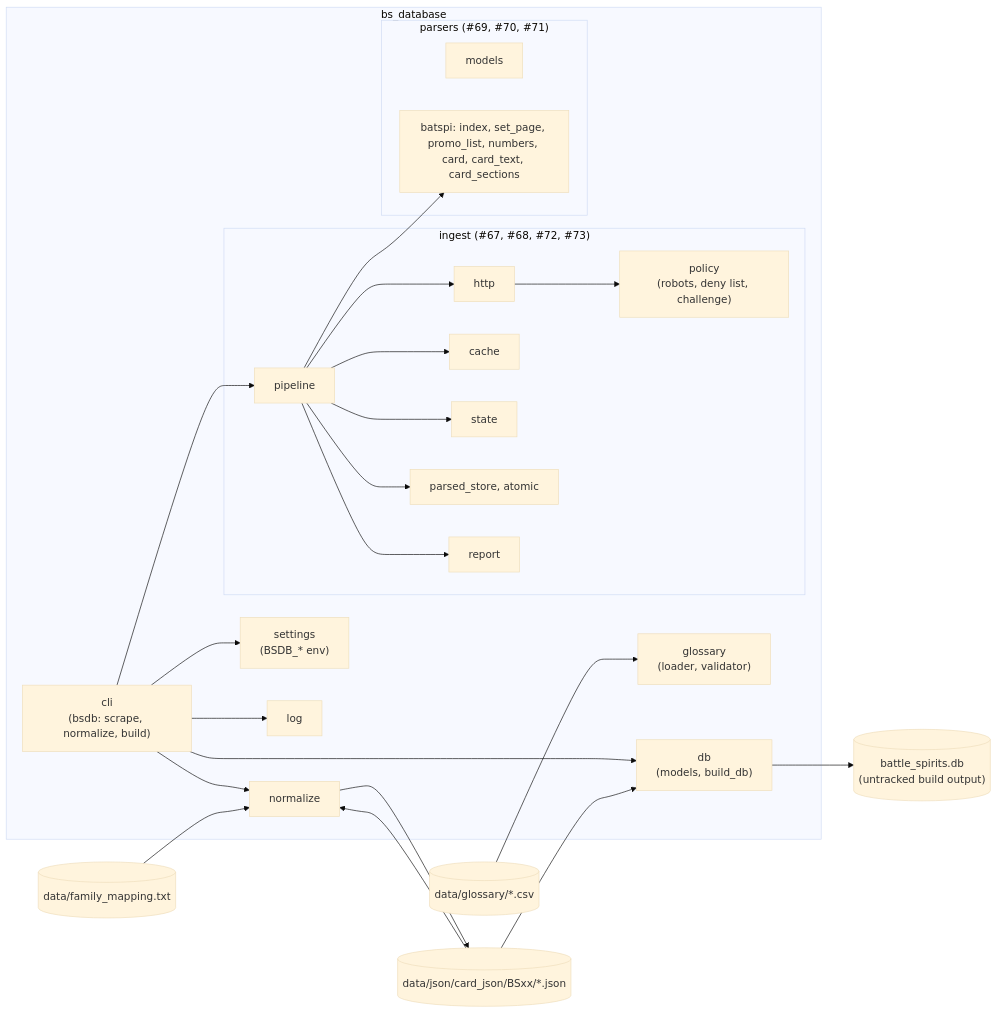
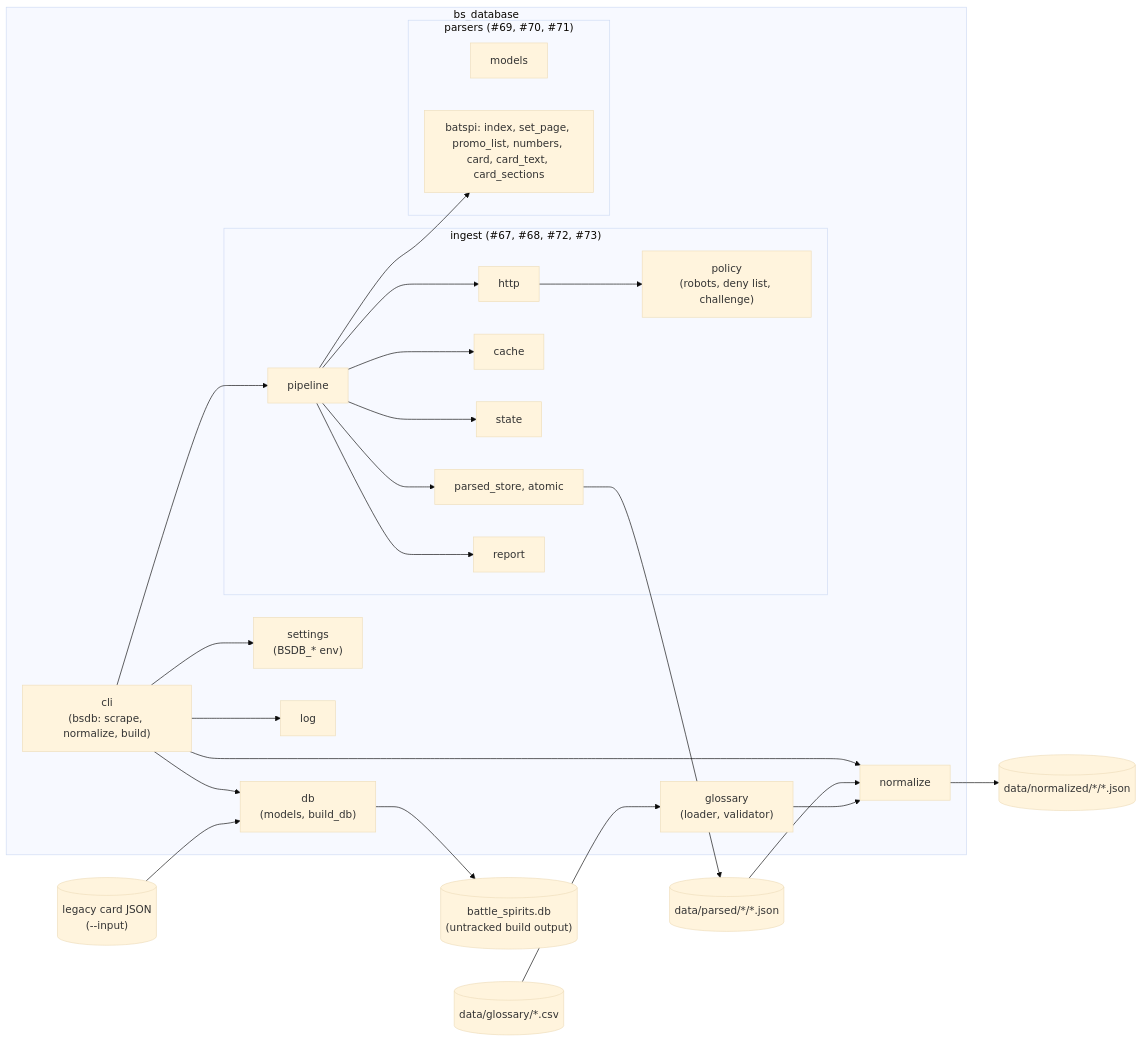
One commit to AleFire99/BS_Database changed the first of 3 diagrams in docs/architecture/overview.md. Above: the diagram before and after it, drawn with Mermaid (base theme). The commit also changed other lines of this file and 7 other files, not shown here.

First line of the commit message:
docs(normalize): add the normalization flowchart and update the overview

````diff
--- a/docs/architecture/overview.md
+++ b/docs/architecture/overview.md
@@ -7,48 +7,50 @@
 ```mermaid
 flowchart LR
     subgraph bs_database
         CLI["cli<br/>(bsdb: scrape, normalize, build)"]
         SET["settings<br/>(BSDB_* env)"]
         LOG["log"]
         subgraph ingest["ingest (#67, #68, #72, #73)"]
             POL["policy<br/>(robots, deny list, challenge)"]
             HTTP["http"]
             CACHE["cache"]
             STATE["state"]
             PIPE["pipeline"]
             PSTORE["parsed_store, atomic"]
             REPORT["report"]
         end
         subgraph parsers["parsers (#69, #70, #71)"]
             MODELS["models"]
             BPARSE["batspi: index, set_page, promo_list, numbers, card, card_text, card_sections"]
         end
         NORM["normalize"]
         GLOS["glossary<br/>(loader, validator)"]
         DBM["db<br/>(models, build_db)"]
     end
 
-    CJ[("data/json/card_json/BSxx/*.json")]
-    FM[("data/family_mapping.txt")]
+    PJ[("data/parsed/*/*.json")]
+    NJ[("data/normalized/*/*.json")]
+    LJ[("legacy card JSON<br/>(--input)")]
     GL[("data/glossary/*.csv")]
     DB[("battle_spirits.db<br/>(untracked build output)")]
 
     CLI --> SET
     CLI --> LOG
     CLI --> NORM
     CLI --> DBM
     CLI --> PIPE
     PIPE --> HTTP
     PIPE --> CACHE
     PIPE --> STATE
     PIPE --> PSTORE
     PIPE --> REPORT
     PIPE --> BPARSE
     HTTP --> POL
 
-    CJ --> NORM
-    FM --> NORM
+    PSTORE --> PJ
+    PJ --> NORM
     GL --> GLOS
-    NORM --> CJ
-    CJ --> DBM --> DB
+    GLOS --> NORM
+    NORM --> NJ
+    LJ --> DBM --> DB
 ```
````
